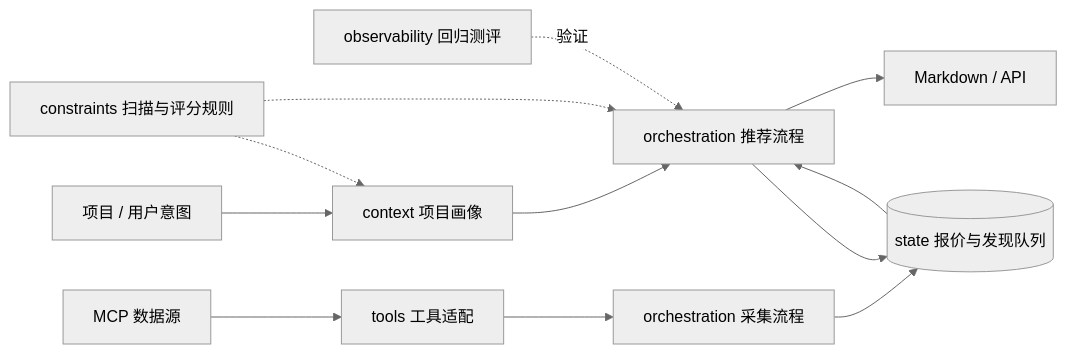
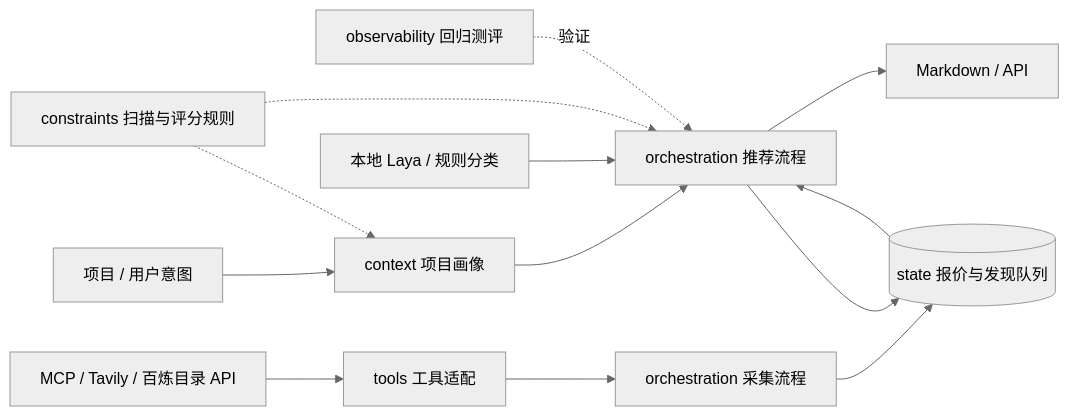
The diagram in docs/architecture.md (wei-yan1/token-mentor), drawn with Mermaid (neutral theme) before and after one commit. The commit also changed other lines of this file and 20 other files, not shown here.

````diff
--- a/docs/architecture.md
+++ b/docs/architecture.md
@@ -52,14 +57,15 @@
 ```mermaid
 flowchart LR
     P[项目 / 用户意图] --> C[context 项目画像]
-    M[MCP 数据源] --> T[tools 工具适配]
+    M[MCP / Tavily / 百炼目录 API] --> T[tools 工具适配]
     T --> O[orchestration 采集流程]
     O --> S[(state 报价与发现队列)]
     C --> R[orchestration 推荐流程]
     S --> R
+    L[本地 Laya / 规则分类] --> R
     K[constraints 扫描与评分规则] -.-> C
     K -.-> R
     R --> D[Markdown / API]
     R --> S
     E[observability 回归测评] -.验证.-> R
 ```
````
